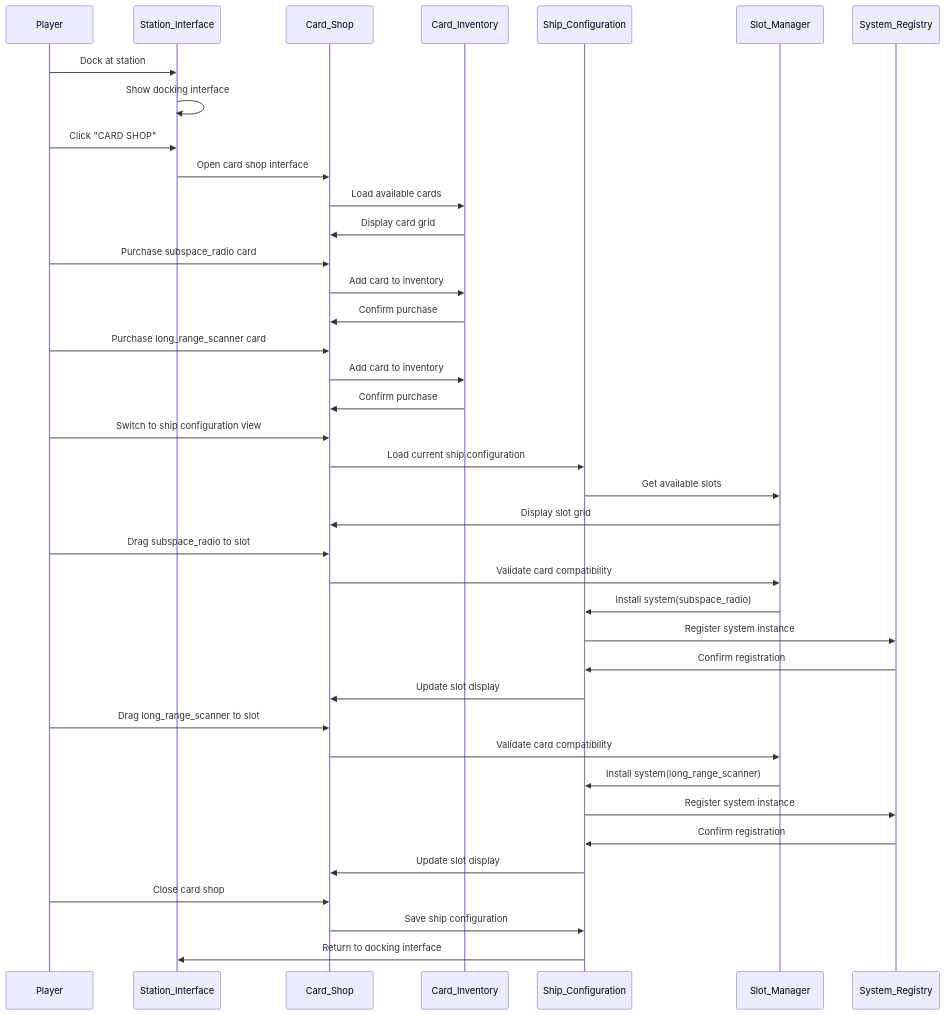
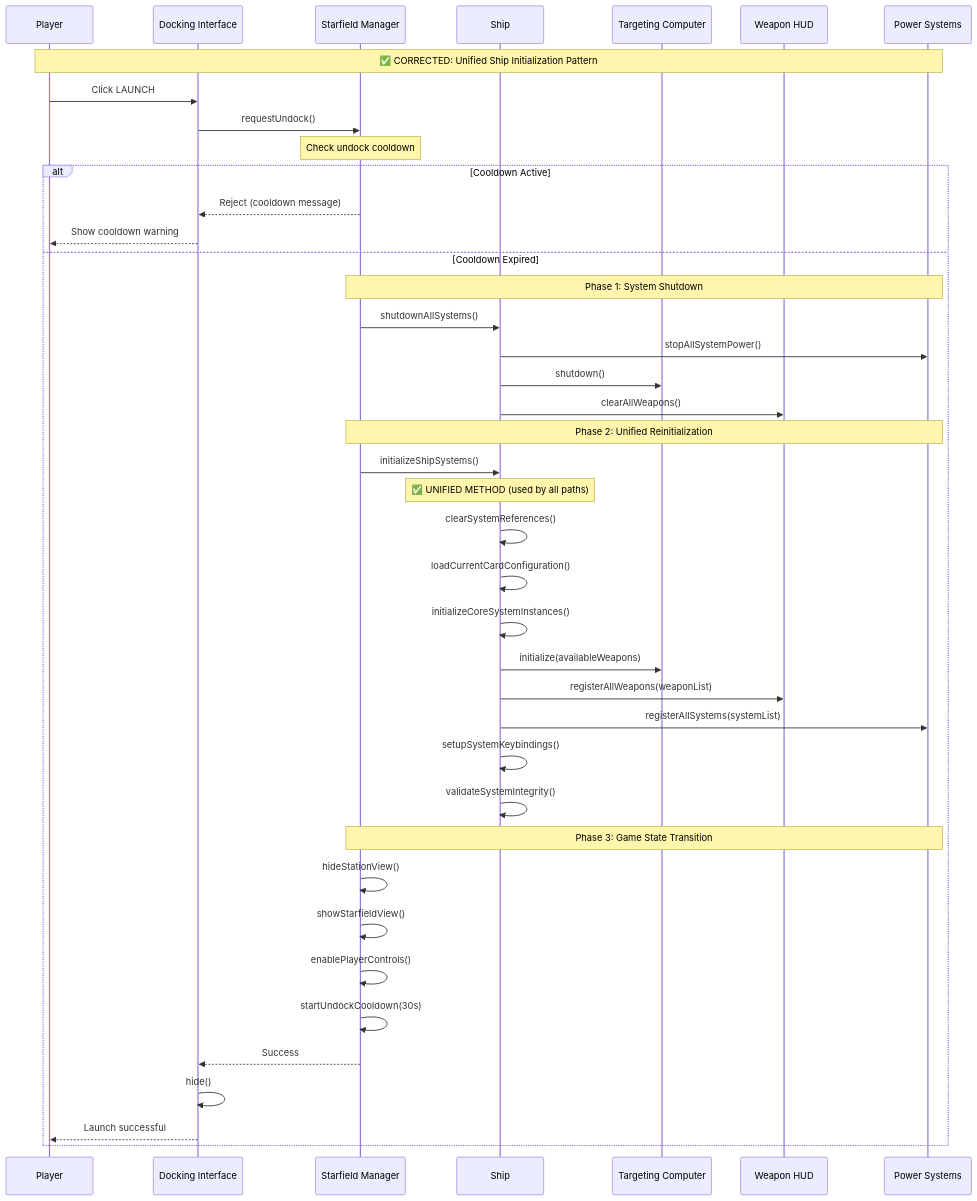
One commit to thoracle/planetz changed the eighth of 16 diagrams in docs/system_architecture.md. Above: the diagram before and after it, drawn with Mermaid. The commit also changed other lines of this file and 13 other files, not shown here.

Commit message:
placeholder fix to show target computer warming up while docking cooldown completes

````diff
--- a/docs/system_architecture.md
+++ b/docs/system_architecture.md
@@ -477,49 +456,50 @@
 ```mermaid
 sequenceDiagram
     participant Player
-    participant StationUI as Station_Interface
-    participant CardShop as Card_Shop
-    participant CardInventory as Card_Inventory
-    participant Ship as Ship_Configuration
-    participant SlotManager as Slot_Manager
-    participant SystemRegistry as System_Registry
+    participant DockingInterface as Docking Interface
+    participant StarfieldManager as Starfield Manager
+    participant Ship
+    participant TargetingComputer as Targeting Computer
+    participant WeaponHUD as Weapon HUD
+    participant PowerSystems as Power Systems
 
-    Player->>StationUI: Dock at station
-    StationUI->>StationUI: Show docking interface
-    Player->>StationUI: Click "CARD SHOP"
-    StationUI->>CardShop: Open card shop interface
+    Note over Player,PowerSystems: ✅ CORRECTED: Unified Ship Initialization Pattern
+
+    Player->>DockingInterface: Click LAUNCH
+    DockingInterface->>StarfieldManager: requestUndock()
     
-    CardShop->>CardInventory: Load available cards
-    CardInventory->>CardShop: Display card grid
-    
-    Player->>CardShop: Purchase subspace_radio card
-    CardShop->>CardInventory: Add card to inventory
-    CardInventory->>CardShop: Confirm purchase
-    
-    Player->>CardShop: Purchase long_range_scanner card
-    CardShop->>CardInventory: Add card to inventory
-    CardInventory->>CardShop: Confirm purchase
-    
-    Player->>CardShop: Switch to ship configuration view
-    CardShop->>Ship: Load current ship configuration
-    Ship->>SlotManager: Get available slots
-    SlotManager->>CardShop: Display slot grid
-    
-    Player->>CardShop: Drag subspace_radio to slot
-    CardShop->>SlotManager: Validate card compatibility
-    SlotManager->>Ship: Install system(subspace_radio)
-    Ship->>SystemRegistry: Register system instance
-    SystemRegistry->>Ship: Confirm registration
-    Ship->>CardShop: Update slot display
-    
-    Player->>CardShop: Drag long_range_scanner to slot
-    CardShop->>SlotManager: Validate card compatibility
-    SlotManager->>Ship: Install system(long_range_scanner)
-    Ship->>SystemRegistry: Register system instance
-    SystemRegistry->>Ship: Confirm registration
-    Ship->>CardShop: Update slot display
-    
-    Player->>CardShop: Close card shop
-    CardShop->>Ship: Save ship configuration
-    Ship->>StationUI: Return to docking interface
+    Note over StarfieldManager: Check undock cooldown
+    alt Cooldown Active
+        StarfieldManager-->>DockingInterface: Reject (cooldown message)
+        DockingInterface-->>Player: Show cooldown warning
+    else Cooldown Expired
+        Note over StarfieldManager,PowerSystems: Phase 1: System Shutdown
+        StarfieldManager->>Ship: shutdownAllSystems()
+        Ship->>PowerSystems: stopAllSystemPower()
+        Ship->>TargetingComputer: shutdown()
+        Ship->>WeaponHUD: clearAllWeapons()
+        
+        Note over StarfieldManager,PowerSystems: Phase 2: Unified Reinitialization
+        StarfieldManager->>Ship: initializeShipSystems()
+        
+        Note over Ship: ✅ UNIFIED METHOD (used by all paths)
+        Ship->>Ship: clearSystemReferences()
+        Ship->>Ship: loadCurrentCardConfiguration()
+        Ship->>Ship: initializeCoreSystemInstances()
+        Ship->>TargetingComputer: initialize(availableWeapons)
+        Ship->>WeaponHUD: registerAllWeapons(weaponList)
+        Ship->>PowerSystems: registerAllSystems(systemList)
+        Ship->>Ship: setupSystemKeybindings()
+        Ship->>Ship: validateSystemIntegrity()
+        
+        Note over StarfieldManager,PowerSystems: Phase 3: Game State Transition
+        StarfieldManager->>StarfieldManager: hideStationView()
+        StarfieldManager->>StarfieldManager: showStarfieldView()
+        StarfieldManager->>StarfieldManager: enablePlayerControls()
+        StarfieldManager->>StarfieldManager: startUndockCooldown(30s)
+        
+        StarfieldManager-->>DockingInterface: Success
+        DockingInterface->>DockingInterface: hide()
+        DockingInterface-->>Player: Launch successful
+    end
 ```
````
